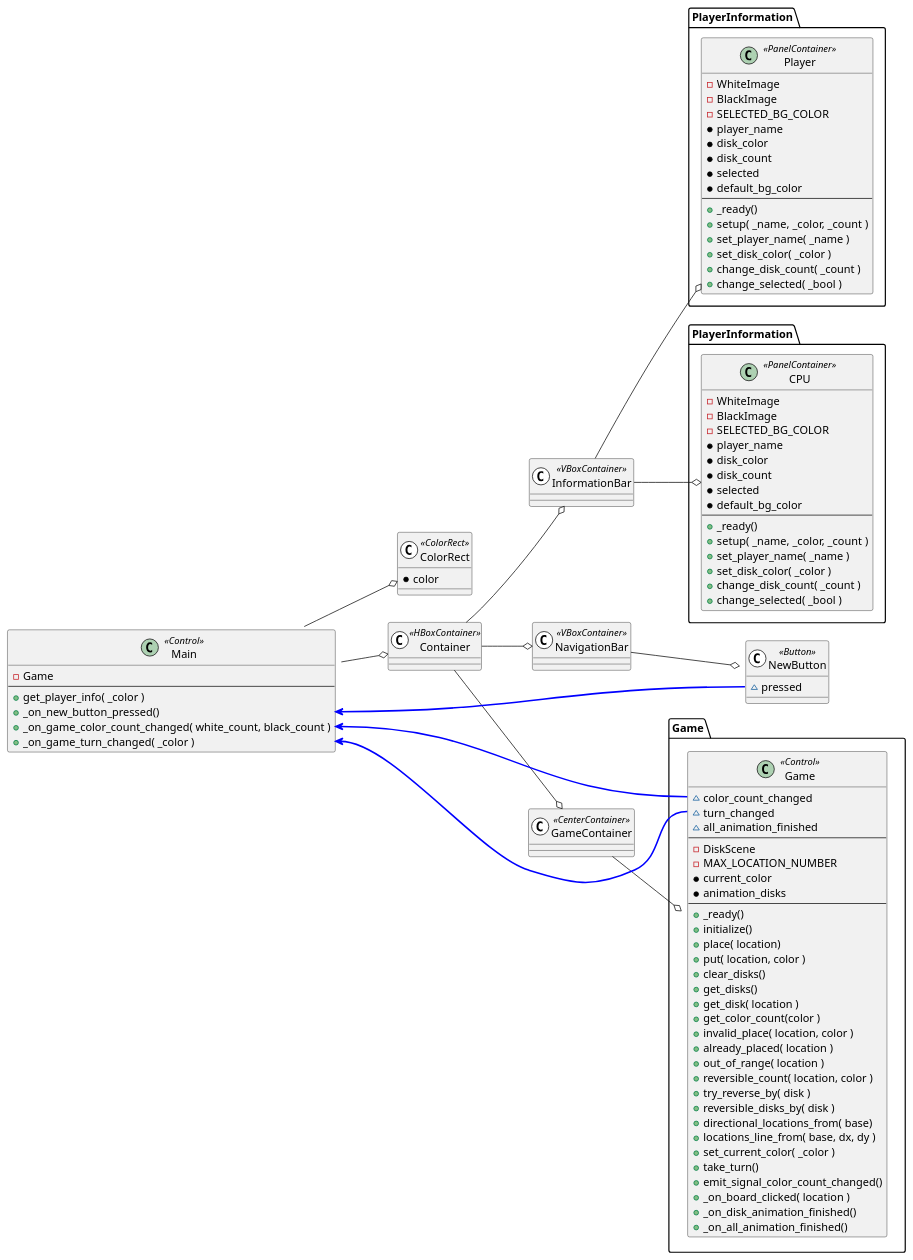
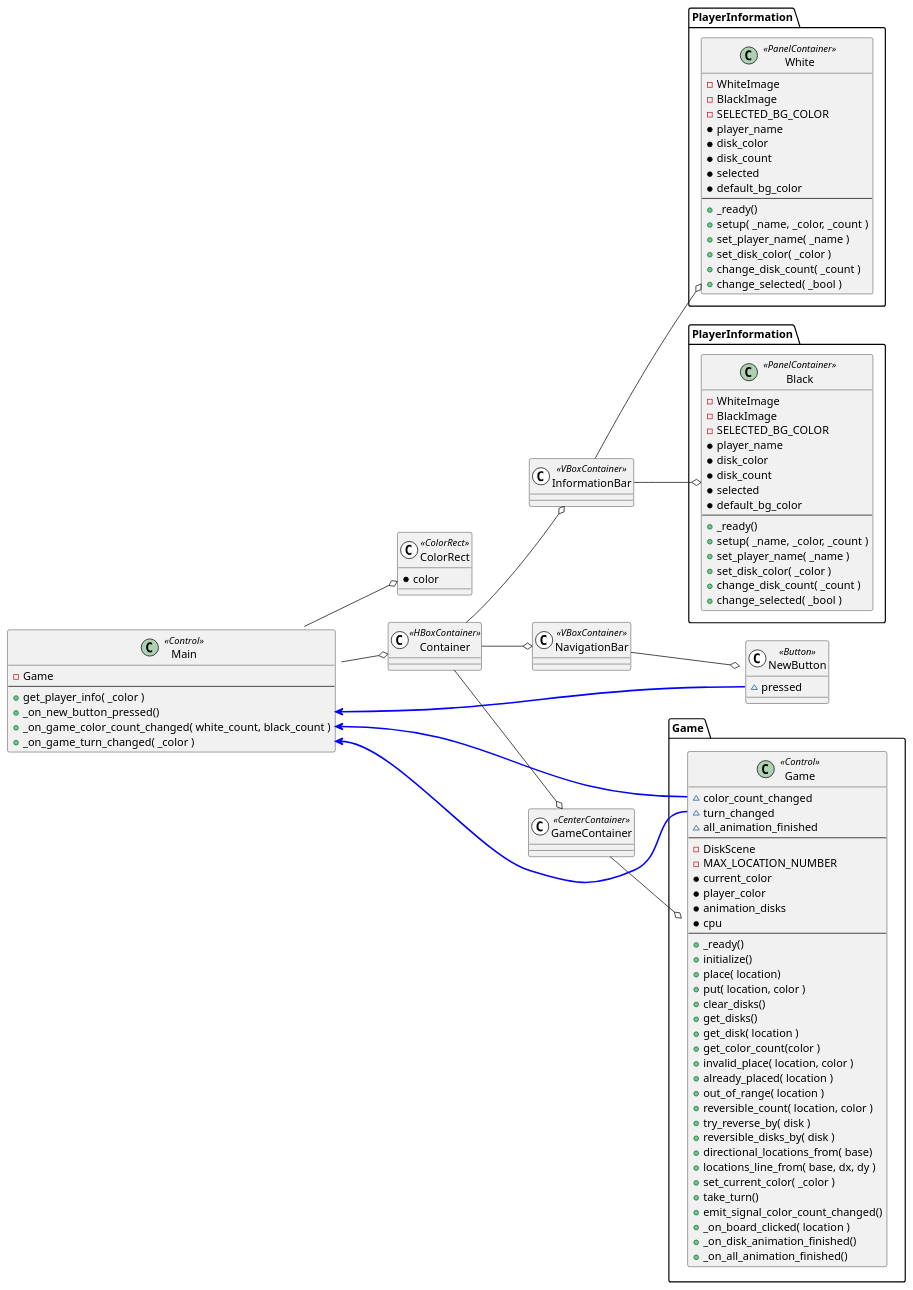
Before and after one commit to tkmfujise/Godot-simple_game-examples: the first of 2 diagrams in Reversi/doc/Diagram.adoc, drawn with PlantUML. The commit also changed other lines of this file and 12 other files, not shown here.

```diff
--- a/Reversi/doc/Diagram.adoc
+++ b/Reversi/doc/Diagram.adoc
@@ -17,7 +17,7 @@
 class Container <<(C,white)HBoxContainer>> {}
 class InformationBar <<(C,white)VBoxContainer>> {}
 package "PlayerInformation" as PlayerInformation1 {
-  class Player <<PanelContainer>> {
+  class White <<PanelContainer>> {
     - WhiteImage
     - BlackImage
     - SELECTED_BG_COLOR
@@ -36,7 +36,7 @@
   }
 }
 package "PlayerInformation" as PlayerInformation2 {
-  class CPU <<PanelContainer>> {
+  class Black <<PanelContainer>> {
     - WhiteImage
     - BlackImage
     - SELECTED_BG_COLOR
@@ -64,7 +64,9 @@
     - DiskScene
     - MAX_LOCATION_NUMBER
     * current_color
+    * player_color
     * animation_disks
+    * cpu
     ---
     + _ready()
     + initialize()
@@ -100,8 +102,8 @@
 Main --o ColorRect
 Main --o Container
 Container --o InformationBar
-InformationBar --o Player
-InformationBar --o CPU
+InformationBar --o White
+InformationBar --o Black
 Container --o GameContainer
 GameContainer --o Game
 Container --o NavigationBar
```
